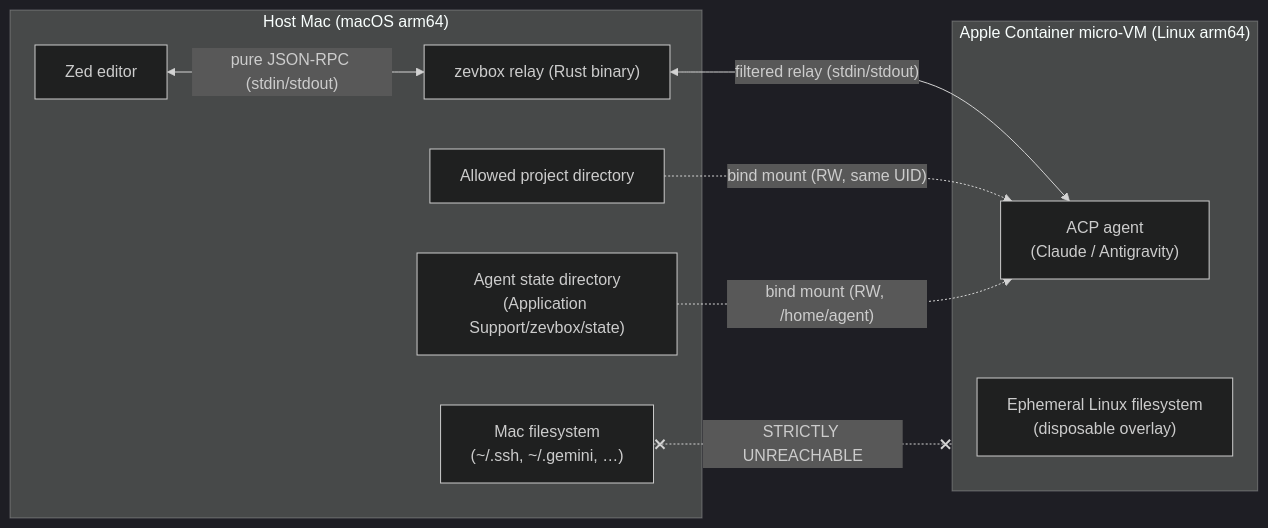
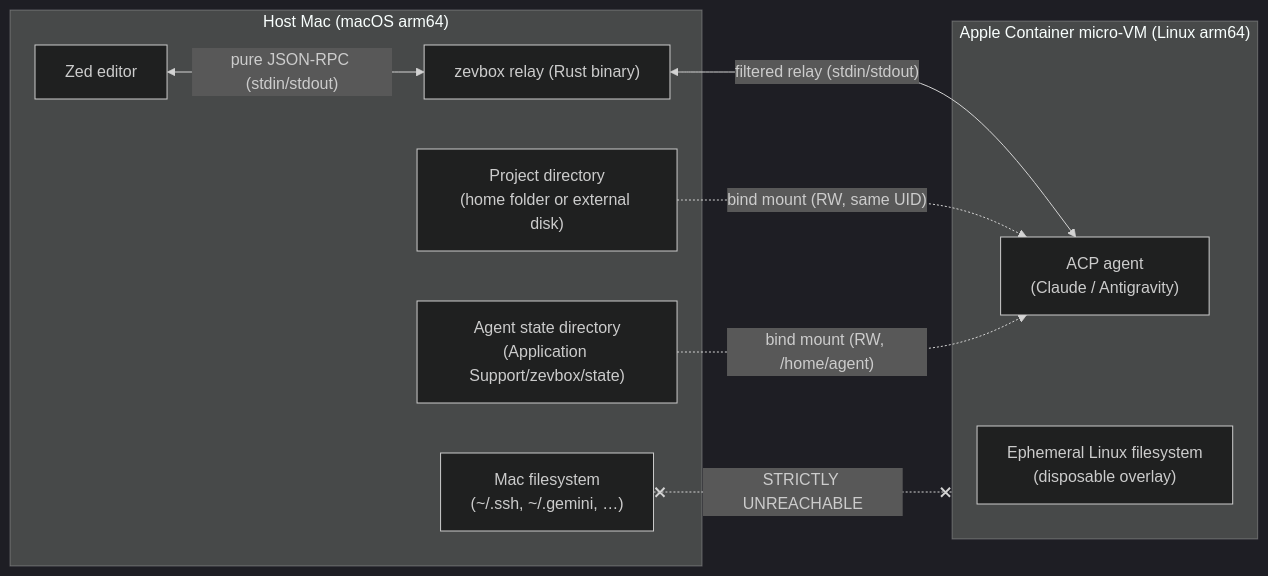
Before and after one commit to brainztorm/zevbox: the first of 7 diagrams in docs/ARCHITECTURE.md, drawn with Mermaid (dark theme). The commit also changed other lines of this file and 25 other files, not shown here.

First line of the commit message:
projects: automatic projects in allowed zones, no project list (D1, E1, F1)

````diff
--- a/docs/ARCHITECTURE.md
+++ b/docs/ARCHITECTURE.md
@@ -28,21 +28,21 @@
 ```mermaid
 flowchart LR
     subgraph Host ["Host Mac (macOS arm64)"]
         Zed["Zed editor"]
         Zevbox["zevbox relay (Rust binary)"]
         UserFS["Mac filesystem\n(~/.ssh, ~/.gemini, …)"]
-        ProjectDir["Allowed project directory"]
+        ProjectDir["Project directory\n(home folder or external disk)"]
         StateDir["Agent state directory\n(Application Support/zevbox/state)"]
     end
 
     subgraph VM ["Apple Container micro-VM (Linux arm64)"]
         Agent["ACP agent\n(Claude / Antigravity)"]
         VMFS["Ephemeral Linux filesystem\n(disposable overlay)"]
     end
 
     Zed <-->|"pure JSON-RPC (stdin/stdout)"| Zevbox
     Zevbox <-->|"filtered relay (stdin/stdout)"| Agent
     ProjectDir -.->|"bind mount (RW, same UID)"| Agent
     StateDir -.->|"bind mount (RW, /home/agent)"| Agent
     UserFS x-.-x|"STRICTLY UNREACHABLE"| VM
 ```
````
